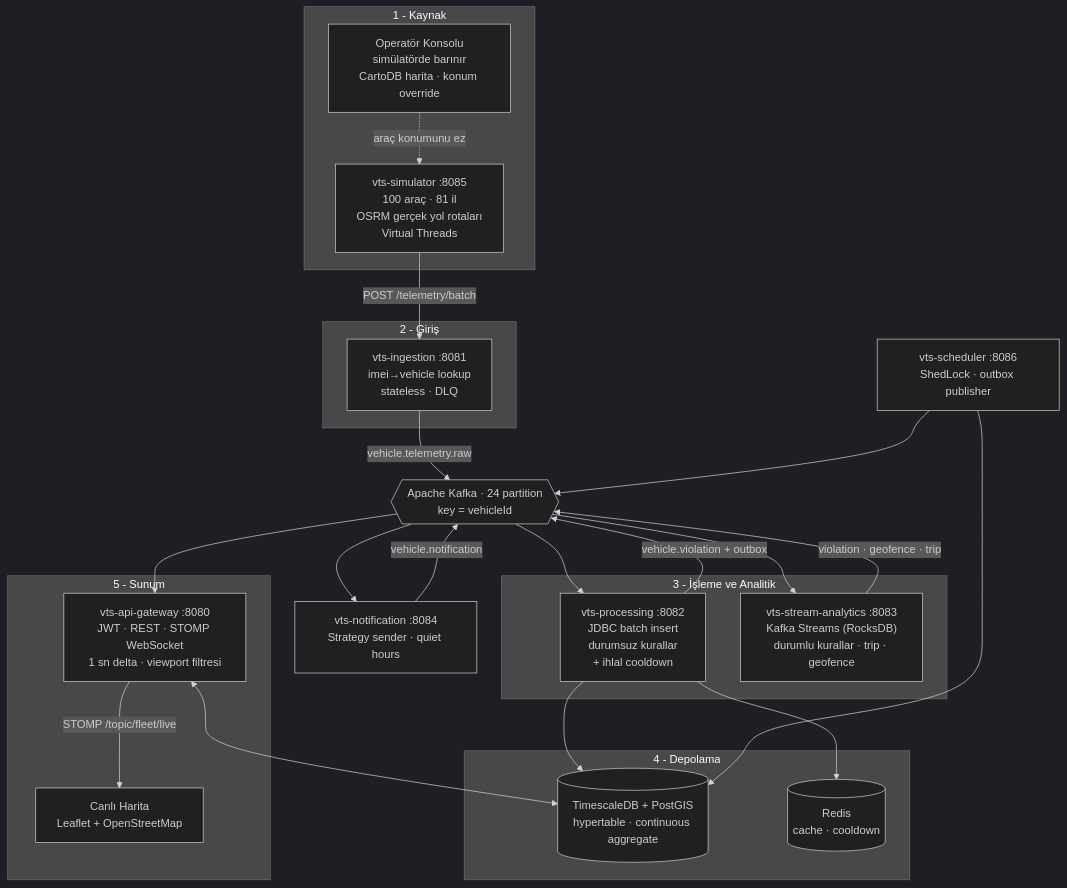
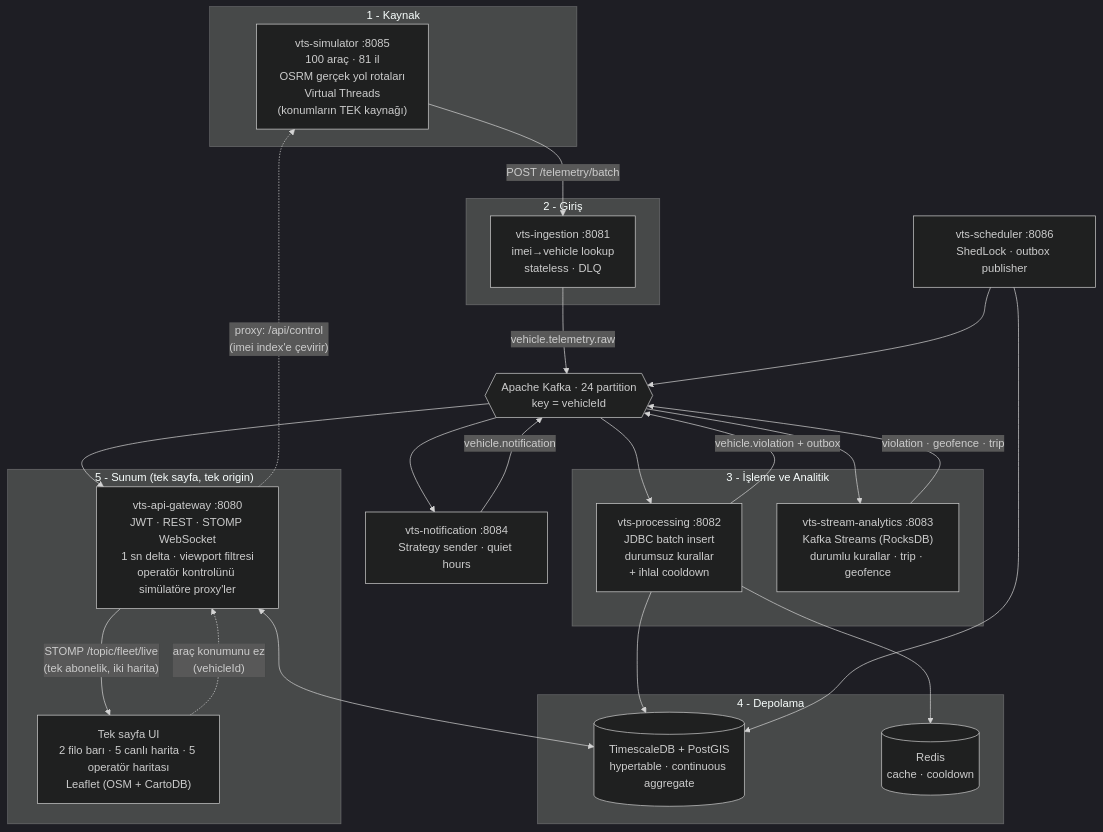
The diagram in README.md (AllenVB/Vehicle-Tracking-Simulation), drawn with Mermaid (dark theme) before and after one commit. The commit also changed other lines of this file and 11 other files, not shown here.

First line of the commit message:
feat: iki haritayı tek sayfada birleştir (2/5/5) ve operatör kontrolünü gateway'e taşı

````diff
--- a/README.md
+++ b/README.md
@@ -39,48 +38,48 @@
 ```mermaid
 flowchart TB
     subgraph KAYNAK["1 - Kaynak"]
-        SIM["vts-simulator :8085<br/>100 araç · 81 il<br/>OSRM gerçek yol rotaları<br/>Virtual Threads"]
-        CON["Operatör Konsolu<br/>simülatörde barınır<br/>CartoDB harita · konum override"]
+        SIM["vts-simulator :8085<br/>100 araç · 81 il<br/>OSRM gerçek yol rotaları<br/>Virtual Threads<br/>(konumların TEK kaynağı)"]
     end
 
     subgraph GIRIS["2 - Giriş"]
         ING["vts-ingestion :8081<br/>imei→vehicle lookup<br/>stateless · DLQ"]
     end
 
     K{{"Apache Kafka · 24 partition<br/>key = vehicleId"}}
 
     subgraph ISLEME["3 - İşleme ve Analitik"]
         PROC["vts-processing :8082<br/>JDBC batch insert<br/>durumsuz kurallar<br/>+ ihlal cooldown"]
         STR["vts-stream-analytics :8083<br/>Kafka Streams (RocksDB)<br/>durumlu kurallar · trip · geofence"]
     end
 
     subgraph DEPO["4 - Depolama"]
         TS[("TimescaleDB + PostGIS<br/>hypertable · continuous aggregate")]
         RD[("Redis<br/>cache · cooldown")]
     end
 
     NOT["vts-notification :8084<br/>Strategy sender · quiet hours"]
     SCH["vts-scheduler :8086<br/>ShedLock · outbox publisher"]
 
-    subgraph SUNUM["5 - Sunum"]
-        GW["vts-api-gateway :8080<br/>JWT · REST · STOMP WebSocket<br/>1 sn delta · viewport filtresi"]
-        MAP["Canlı Harita<br/>Leaflet + OpenStreetMap"]
+    subgraph SUNUM["5 - Sunum (tek sayfa, tek origin)"]
+        GW["vts-api-gateway :8080<br/>JWT · REST · STOMP WebSocket<br/>1 sn delta · viewport filtresi<br/>operatör kontrolünü simülatöre proxy'ler"]
+        UI["Tek sayfa UI<br/>2 filo barı · 5 canlı harita · 5 operatör haritası<br/>Leaflet (OSM + CartoDB)"]
     end
 
-    CON -.->|"araç konumunu ez"| SIM
+    UI -.->|"araç konumunu ez<br/>(vehicleId)"| GW
+    GW -.->|"proxy: /api/control<br/>(imei index'e çevirir)"| SIM
     SIM -->|"POST /telemetry/batch"| ING
     ING -->|"vehicle.telemetry.raw"| K
     K --> PROC
     K --> STR
     PROC --> TS
     PROC --> RD
     PROC -->|"vehicle.violation + outbox"| K
     STR -->|"violation · geofence · trip"| K
     K --> NOT
     NOT -->|"vehicle.notification"| K
     K --> GW
     GW <--> TS
     SCH --> TS
     SCH --> K
-    GW -->|"STOMP /topic/fleet/live"| MAP
+    GW -->|"STOMP /topic/fleet/live<br/>(tek abonelik, iki harita)"| UI
 ```
````
